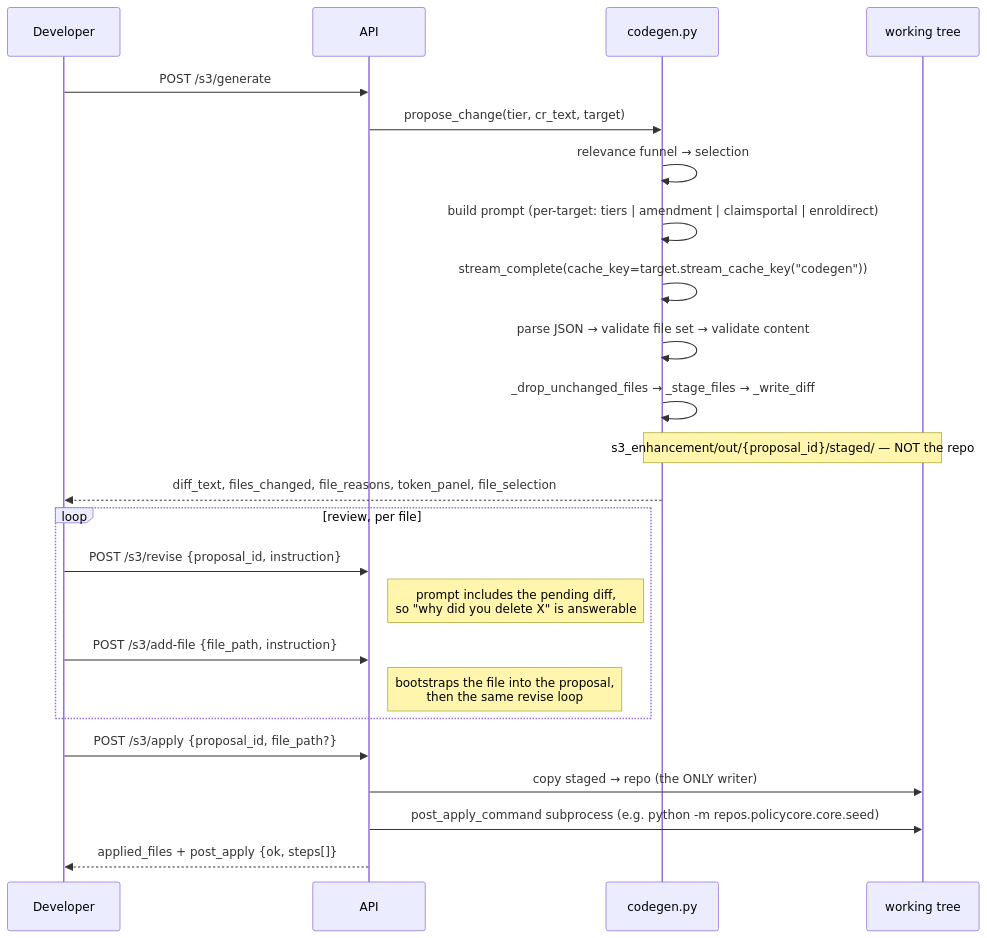
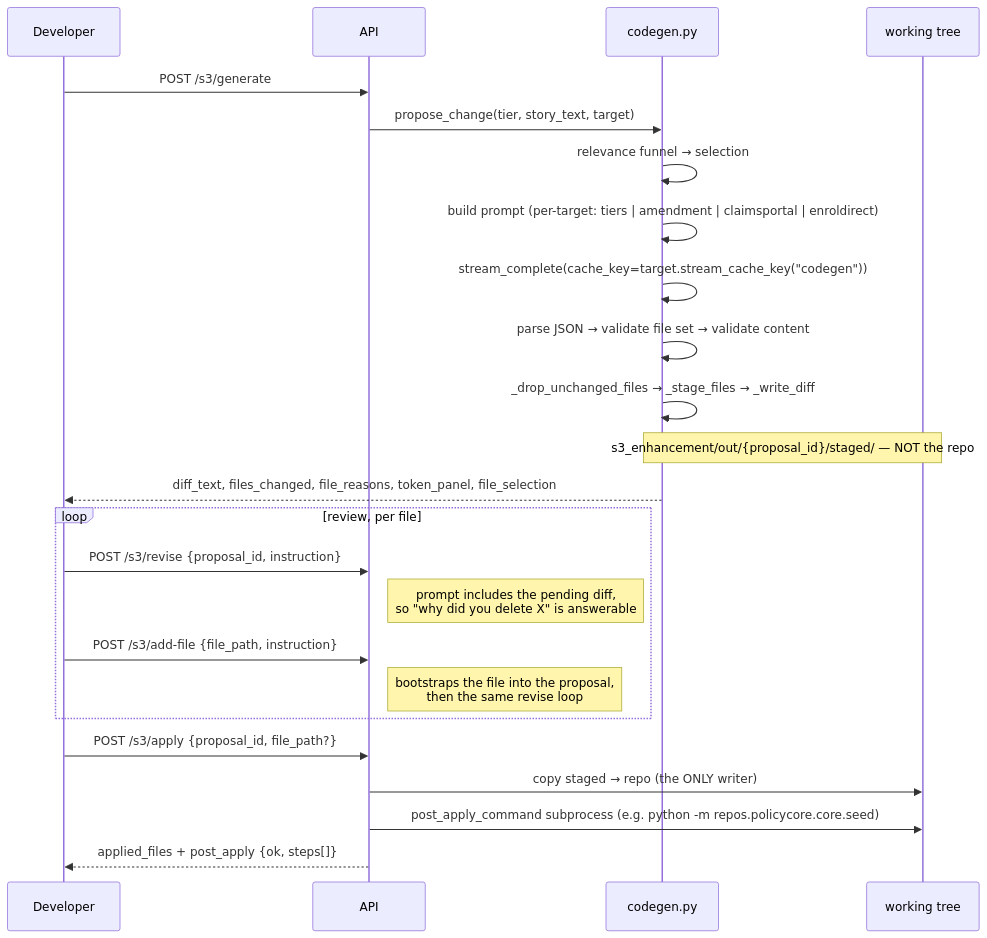
Before and after one commit to AlanLands/ams-s3-demo: the fifth of 5 diagrams in docs/design/S3_DESIGN.md, drawn with Mermaid. The commit also changed other lines of this file and 145 other files, not shown here.

````diff
--- a/docs/design/S3_DESIGN.md
+++ b/docs/design/S3_DESIGN.md
@@ -611,29 +611,29 @@
 ```mermaid
 sequenceDiagram
   participant D as Developer
   participant API
   participant CG as codegen.py
   participant FS as working tree
 
   D->>API: POST /s3/generate
-  API->>CG: propose_change(tier, cr_text, target)
+  API->>CG: propose_change(tier, story_text, target)
   CG->>CG: relevance funnel → selection
   CG->>CG: build prompt (per-target: tiers | amendment | claimsportal | enroldirect)
   CG->>CG: stream_complete(cache_key=target.stream_cache_key("codegen"))
   CG->>CG: parse JSON → validate file set → validate content
   CG->>CG: _drop_unchanged_files → _stage_files → _write_diff
   Note over CG,FS: s3_enhancement/out/{proposal_id}/staged/ — NOT the repo
   CG-->>D: diff_text, files_changed, file_reasons, token_panel, file_selection
 
   loop review, per file
     D->>API: POST /s3/revise {proposal_id, instruction}
     Note right of API: prompt includes the pending diff,<br/>so "why did you delete X" is answerable
     D->>API: POST /s3/add-file {file_path, instruction}
     Note right of API: bootstraps the file into the proposal,<br/>then the same revise loop
   end
 
   D->>API: POST /s3/apply {proposal_id, file_path?}
   API->>FS: copy staged → repo (the ONLY writer)
   API->>FS: post_apply_command subprocess (e.g. python -m repos.policycore.core.seed)
   API-->>D: applied_files + post_apply {ok, steps[]}
 ```
````
